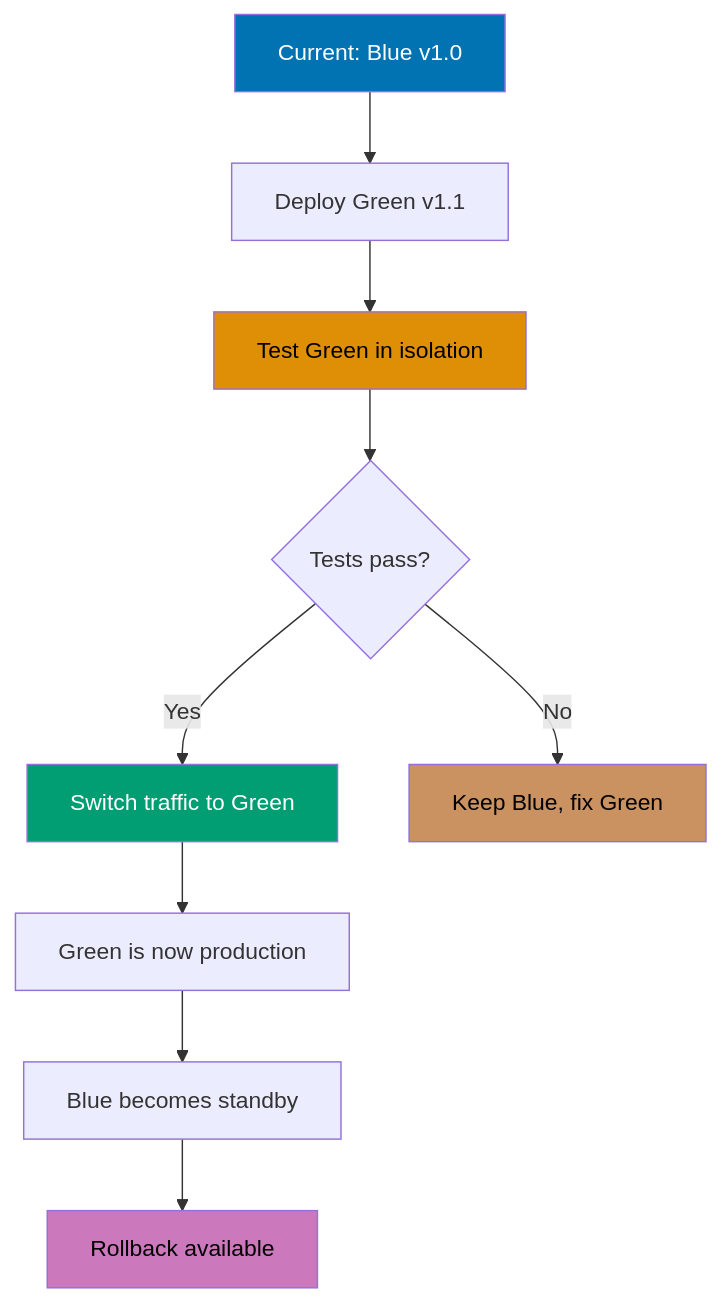
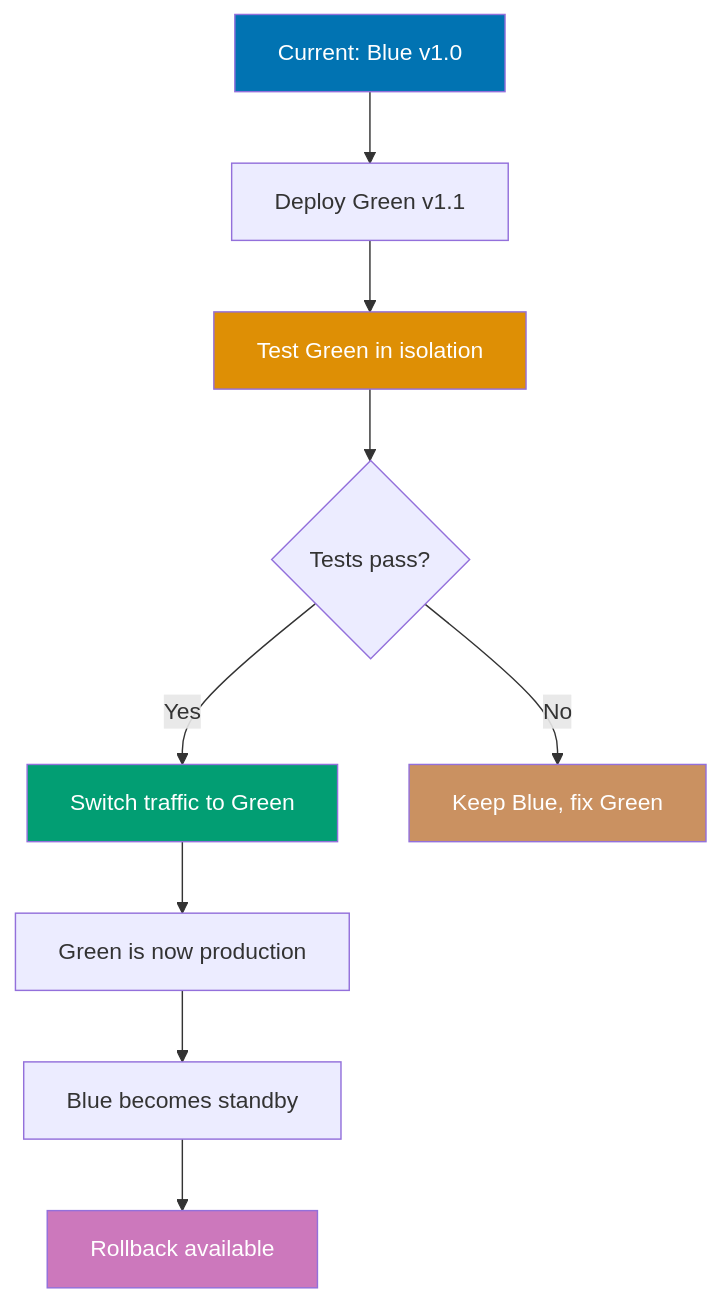
The tenth of 10 diagrams in apps/ayokoding-web/content/en/learn/software-engineering/platform-web/tools/elixir-phoenix/by-example/advanced.md (wahidyankf/open-sharia-enterprise), drawn with Mermaid before and after one commit. The commit also changed other lines of this file and 61 other files, not shown here.

First line of the commit message:
fix(ayokoding-web): quote Mermaid node labels with special characters in Example 63

````diff
--- a/apps/ayokoding-web/content/en/learn/software-engineering/platform-web/tools/elixir-phoenix/by-example/advanced.md
+++ b/apps/ayokoding-web/content/en/learn/software-engineering/platform-web/tools/elixir-phoenix/by-example/advanced.md
@@ -1706,18 +1706,18 @@
 ```mermaid
 %% Blue-green deployment flow
 graph TD
     A[Current: Blue v1.0] --> B[Deploy Green v1.1]
     B --> C[Test Green in isolation]
     C --> D{Tests pass?}
     D -->|Yes| E[Switch traffic to Green]
     D -->|No| F[Keep Blue, fix Green]
     E --> G[Green is now production]
     G --> H[Blue becomes standby]
     H --> I[Rollback available]
 
     style A fill:#0173B2,color:#fff
-    style C fill:#DE8F05,color:#000
+    style C fill:#DE8F05,color:#fff
     style E fill:#029E73,color:#fff
-    style F fill:#CA9161,color:#000
-    style I fill:#CC78BC,color:#000
+    style F fill:#CA9161,color:#fff
+    style I fill:#CC78BC,color:#fff
 ```
````
